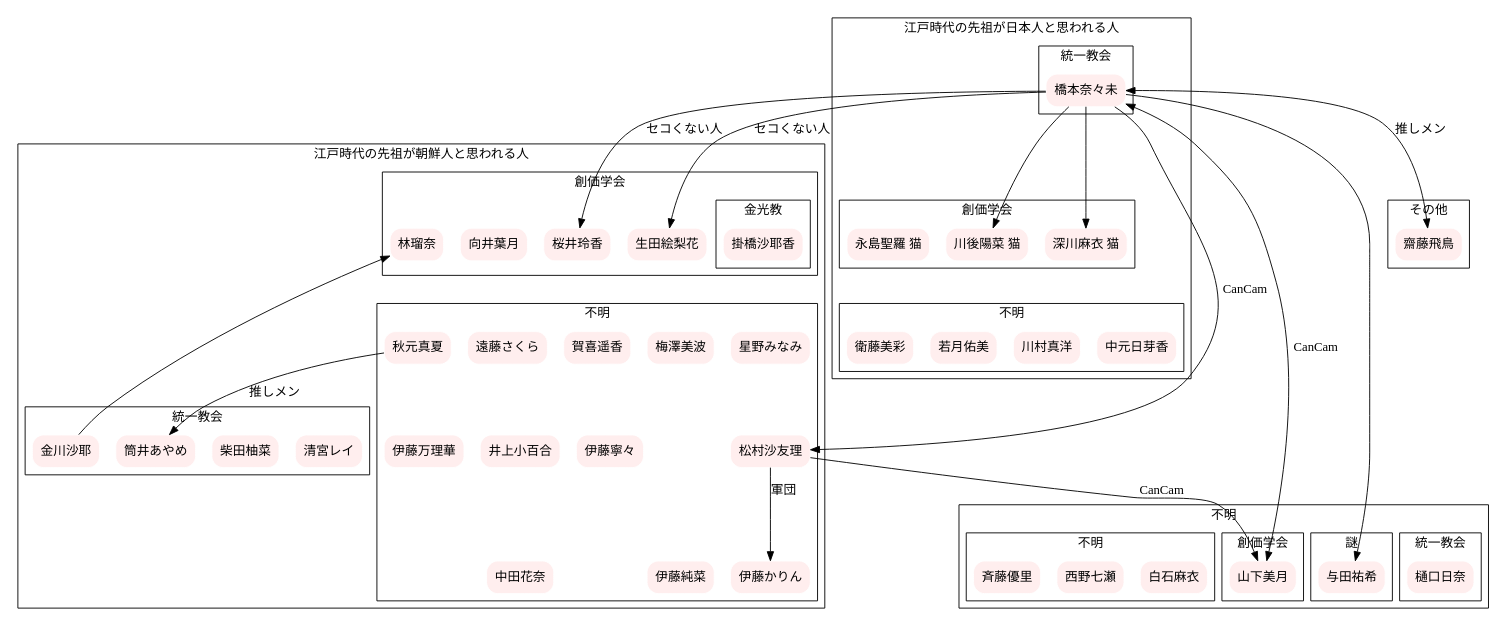
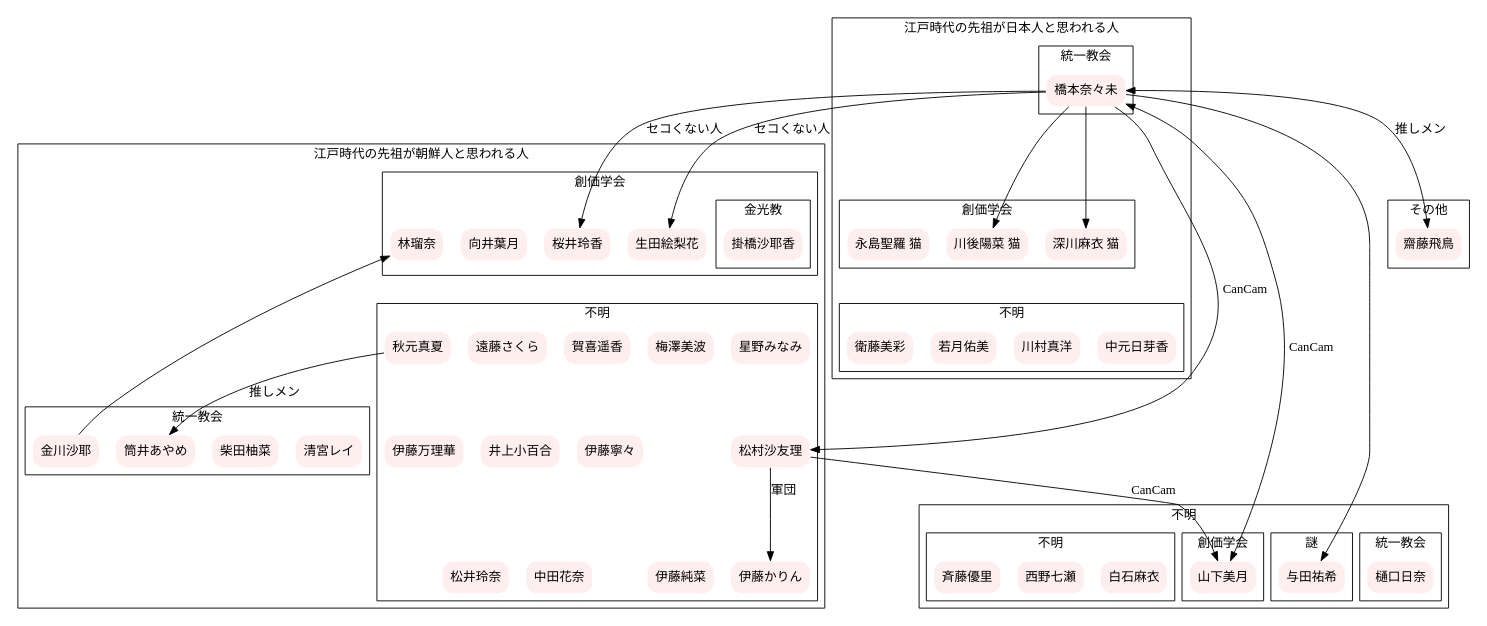
Before and after one commit to TakayukiYano/TakayukiYano.github.io: the diagram in memo/relation46.dot, drawn with Graphviz. The commit also changed 1 other file, not shown here.

```diff
--- a/memo/relation46.dot
+++ b/memo/relation46.dot
@@ -1,135 +1,137 @@
 digraph graph_name {
   graph [
     charset = "UTF-8";
   ];
 
   node[
     shape = box 
     style = "rounded,filled"
     color = "#FFFFFF",
     fillcolor = "#FFEEEE",
   ]mukai;  
 
   subgraph cluster_korea {
     label="江戸時代の先祖が朝鮮人と思われる人";
     fillcolor="#EEEEFF";
     subgraph cluster_ks {
       label="創価学会";
       reika[label="桜井玲香"]
       erika[label="生田絵梨花"]
       hayashi[label="林瑠奈"]
       mukai[label="向井葉月"];
       subgraph cluster_kk {
         label="金光教";
         kakehashi[label="掛橋沙耶香"]
       };
     };
 
   
     subgraph cluster_kc {
       label="統一教会";
       seimiya[label="清宮レイ"]
       yuna[label="柴田柚菜"]
       ayame[label="筒井あやめ"]
       kinkawa[label="金川沙耶"]
     };
 
     subgraph cluster_ku {
       label="不明";
       ringo[label="松村沙友理"]
       manatu[label="秋元真夏"]
       umemayo[label="梅澤美波"];
       haruchan[label="賀喜遥香"];
       sakura[label="遠藤さくら"]
       minami[label="星野みなみ"]
       sayu[label="井上小百合"]
       marika[label="伊藤万理華"]
       nene[label="伊藤寧々"]
       junna[label="伊藤純菜"]
       karin[label="伊藤かりん"]
+      matui[label="松井玲奈"]
       kana[label="中田花奈"]
       minami->ringo[style=invis]
       ringo -> junna[style=invis]
       ringo -> karin[label="軍団"]
       sayu->kana[style=invis]
+      sayu->matui[style=invis]
     }
 
     hayashi -> kinkawa[dir=back]
 
     manatu -> ayame[label="推しメン"]
     manatu ->marika[style=invis]
     manatu ->sayu[style=invis]
     manatu -> nene[style=invis]
   }
 
   subgraph cluster_japan {
     label="江戸時代の先祖が日本人と思われる人";
     subgraph cluster_jc {
       label="統一教会";
       hashimoto[label="橋本奈々未"]
     }
 
     subgraph cluster_js {
       label = "創価学会";
       hinapyon[label="川後陽菜 猫"]
       fukagawa[label="深川麻衣 猫"]
       rarin[label="永島聖羅 猫"]
     }
 
     subgraph  cluster_ju {
       label="不明"
       himetan[label="中元日芽香"]
       rotty[label="川村真洋"]
       waka[label="若月佑美"]
       misa[label="衛藤美彩"]
     }
     rarin -> misa [style=invis]
   }
 
   subgraph cluster_unk {
     label="不明";
     subgraph cluster_uc {
       label="統一教会"
       chima[label="樋口日奈"]
     }
     subgraph cluster_us {
       label="創価学会"
       miduki[label="山下美月"];
     }
 
     subgraph cluster_uu {
       label="謎"
       yoda[label="与田祐希"]
     }
 
     subgraph cluster_uuu {
       label="不明"
       maiyan[label="白石麻衣"]
       nanase[label="西野七瀬"]
       yuuri[label="斉藤優里"]
     }
   }
 
   subgraph cluster_special {
     label="その他"
     asunyan[label="齋藤飛鳥"]
   }
 
   mukai->hashimoto[style=invis]
   hashimoto->kakehashi[style=invis]
   mukai -> himetan[style=invis]
   hashimoto -> himetan[style=invis]
   kakehashi -> sakura[style=invis]
   sakura -> hinapyon[style=invis]
   hashimoto -> miduki[dir=both, label="CanCam"]
   hashimoto -> asunyan[dir=both,label="推しメン"]
   hashimoto -> fukagawa
   hashimoto -> hinapyon
   hashimoto -> yoda
   hashimoto -> reika[label="セコくない人"]
   hashimoto -> erika[label="セコくない人"]
   hashimoto -> ringo[label="CanCam"]
   ringo -> miduki[label="CanCam"]
 
   hinapyon -> miduki[style=invis]
 }
```
